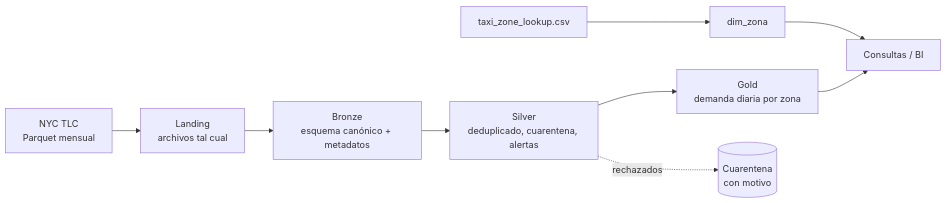
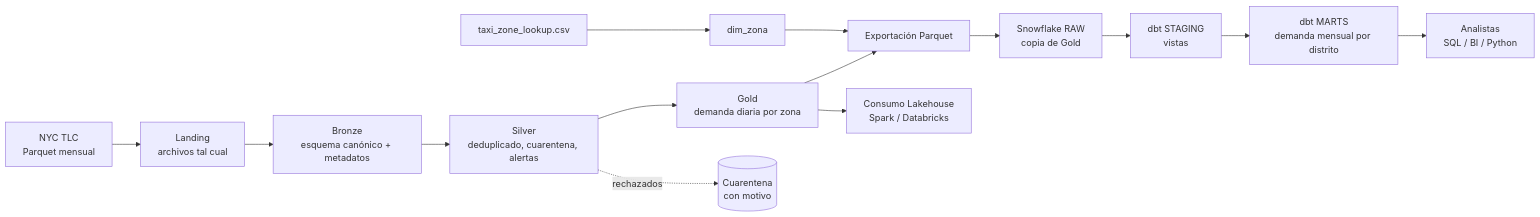
The diagram in README.md (Johiner17/lakehouse-taxis-nyc), drawn with Mermaid before and after one commit. The commit also changed other lines of this file and 3 other files, not shown here.

````diff
--- a/README.md
+++ b/README.md
@@ -33,11 +37,16 @@
 ```mermaid
 flowchart LR
     A[NYC TLC<br/>Parquet mensual] --> B[Landing<br/>archivos tal cual]
     B --> C[Bronze<br/>esquema canónico + metadatos]
     C --> D[Silver<br/>deduplicado, cuarentena, alertas]
     D --> E[Gold<br/>demanda diaria por zona]
     Z[taxi_zone_lookup.csv] --> F[dim_zona]
-    F --> G[Consultas / BI]
-    E --> G
+    E --> X[Exportación Parquet]
+    F --> X
+    X --> R[Snowflake RAW<br/>copia de Gold]
+    R --> S[dbt STAGING<br/>vistas]
+    S --> M[dbt MARTS<br/>demanda mensual por distrito]
+    M --> G[Analistas<br/>SQL / BI / Python]
+    E --> H[Consumo Lakehouse<br/>Spark / Databricks]
     D -. rechazados .-> Q[(Cuarentena<br/>con motivo)]
 ```
````
